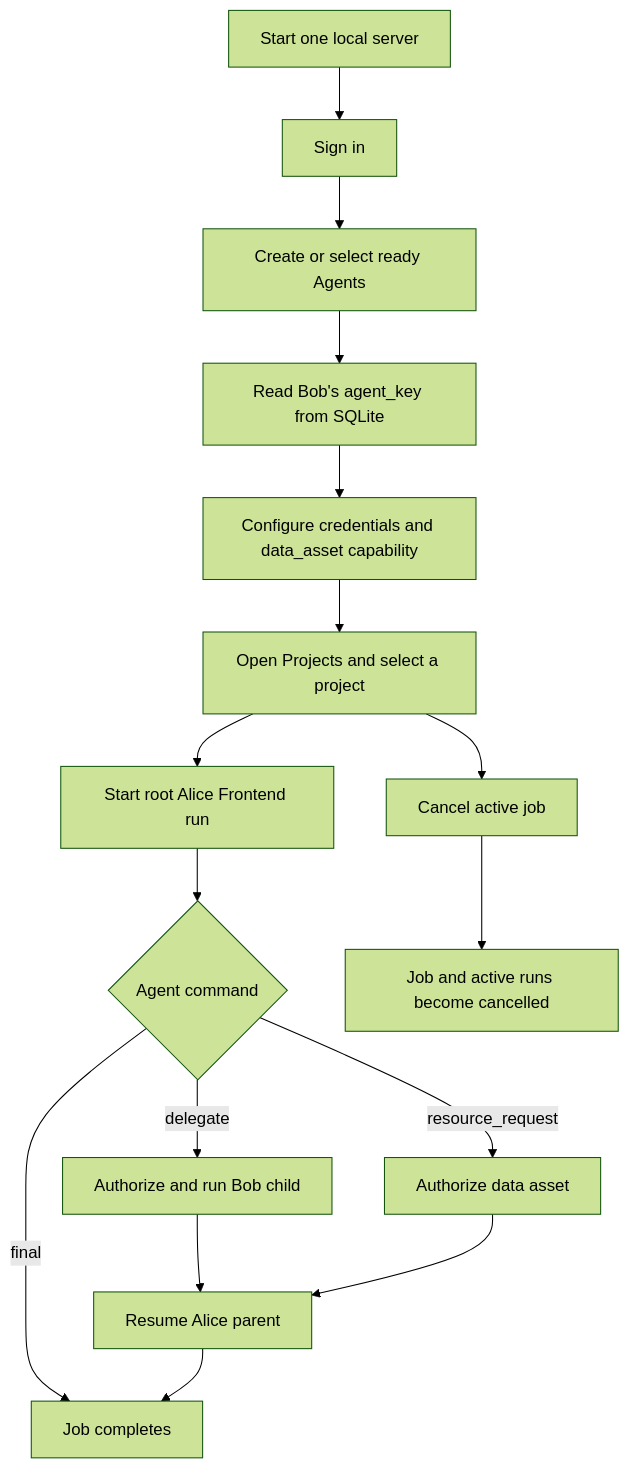
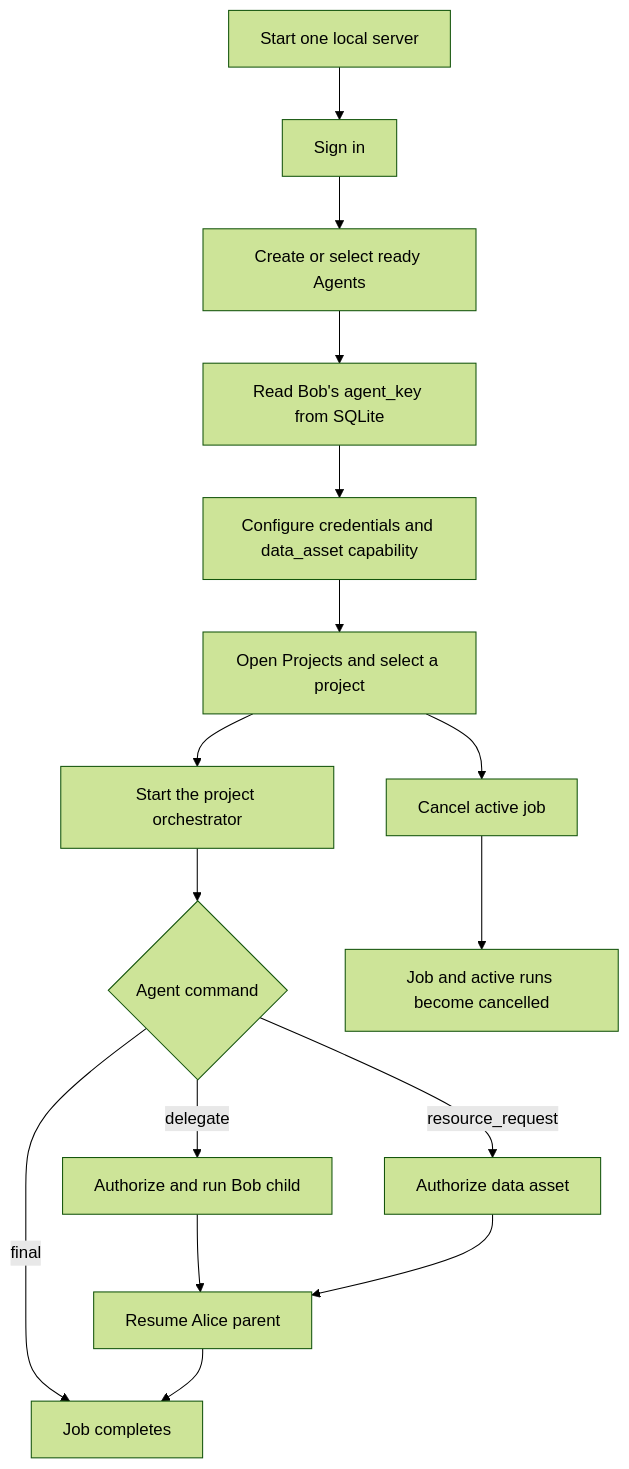
The diagram in docs/ORCHESTRATION_FRONTEND_TESTING.md (Zerius7733/tictac-techjam), drawn with Mermaid (forest theme) before and after one commit. The commit also changed other lines of this file and 27 other files, not shown here.

````diff
--- a/docs/ORCHESTRATION_FRONTEND_TESTING.md
+++ b/docs/ORCHESTRATION_FRONTEND_TESTING.md
@@ -16,18 +17,18 @@
 ```mermaid
 flowchart TD
     A[Start one local server] --> B[Sign in]
     B --> C[Create or select ready Agents]
     C --> D[Read Bob's agent_key from SQLite]
     D --> E[Configure credentials and data_asset capability]
     E --> F[Open Projects and select a project]
-    F --> G[Start root Alice Frontend run]
+    F --> G[Start the project orchestrator]
     G --> H{Agent command}
     H -->|final| I[Job completes]
     H -->|delegate| J[Authorize and run Bob child]
     H -->|resource_request| K[Authorize data asset]
     J --> L[Resume Alice parent]
     K --> L
     L --> I
     F --> M[Cancel active job]
     M --> N[Job and active runs become cancelled]
 ```
````
